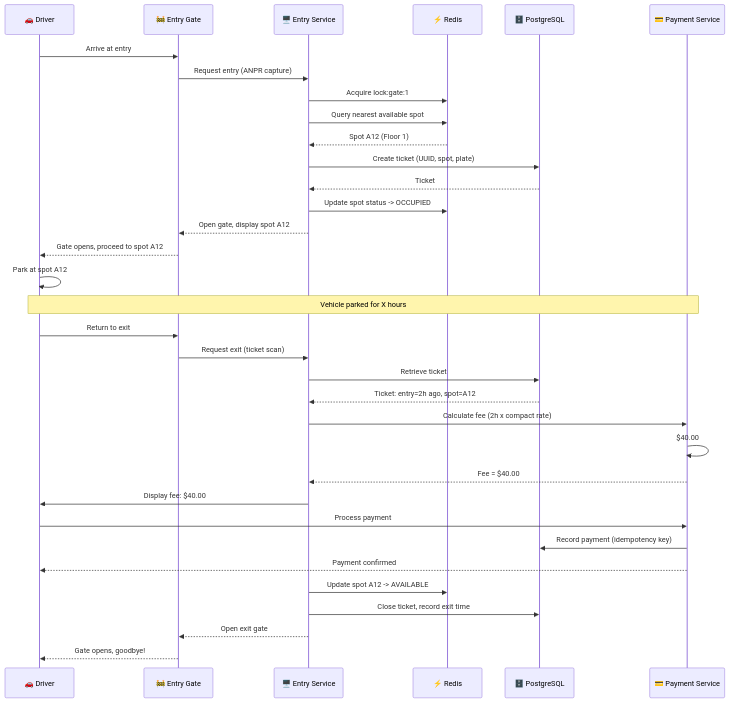
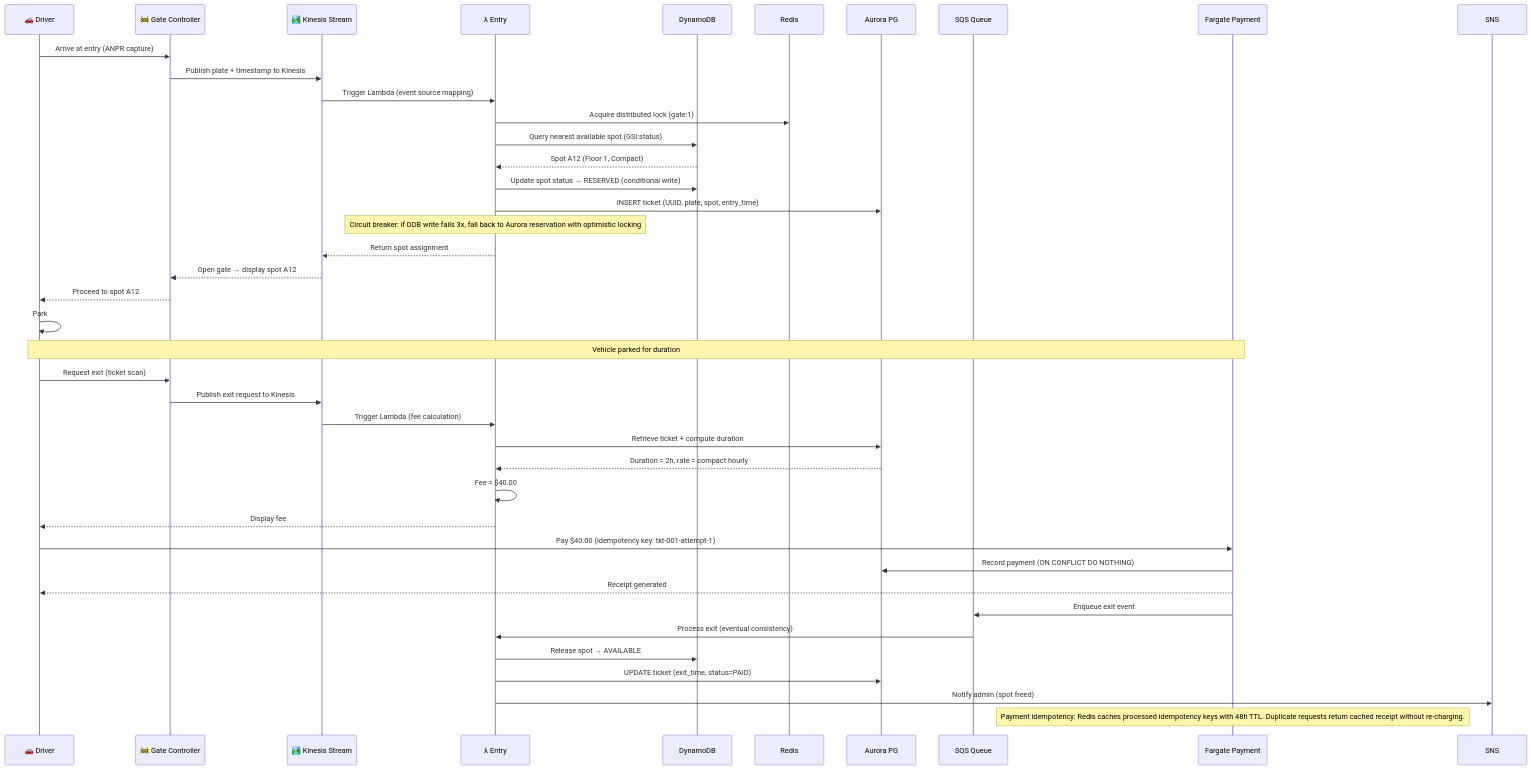
Before and after one commit to CpBruceMeena/interview-prep: the second of 2 diagrams in low-level-design/parking-lot/HIGH_LEVEL_DESIGN.md, drawn with Mermaid. The commit also changed other lines of this file and 2 other files, not shown here.

Commit message:
Redesign Parking Lot HLD with production-grade AWS architecture, MCP interface, and draw.io diagram

````diff
--- a/low-level-design/parking-lot/HIGH_LEVEL_DESIGN.md
+++ b/low-level-design/parking-lot/HIGH_LEVEL_DESIGN.md
@@ -124,39 +285,51 @@
 ```mermaid
 sequenceDiagram
     participant Driver as 🚗 Driver
-    participant Gate as 🚧 Entry Gate
-    participant EntrySvc as 🖥️ Entry Service
-    participant Redis as ⚡ Redis
-    participant DB as 🗄️ PostgreSQL
-    participant PaySvc as 💳 Payment Service
+    participant Gate as 🚧 Gate Controller
+    participant KDS as 🏞️ Kinesis Stream
+    participant L1 as λ Entry
+    participant DDB as DynamoDB
+    participant ECR as Redis
+    participant AUR as Aurora PG
+    participant SQS as SQS Queue
+    participant F2 as Fargate Payment
+    participant SNS as SNS
 
-    Driver->>Gate: Arrive at entry
-    Gate->>EntrySvc: Request entry (ANPR capture)
-    EntrySvc->>Redis: Acquire lock:gate:1
-    EntrySvc->>Redis: Query nearest available spot
-    Redis-->>EntrySvc: Spot A12 (Floor 1)
-    EntrySvc->>DB: Create ticket (UUID, spot, plate)
-    DB-->>EntrySvc: Ticket #TICK-000001
-    EntrySvc->>Redis: Update spot status -> OCCUPIED
-    EntrySvc-->>Gate: Open gate, display spot A12
-    Gate-->>Driver: Gate opens, proceed to spot A12
-    Driver->>Driver: Park at spot A12
+    Driver->>Gate: Arrive at entry (ANPR capture)
+    Gate->>KDS: Publish plate + timestamp to Kinesis
 
-    Note over Driver,PaySvc: Vehicle parked for X hours
+    KDS->>L1: Trigger Lambda (event source mapping)
+    L1->>ECR: Acquire distributed lock (gate:1)
+    L1->>DDB: Query nearest available spot (GSI:status)
+    DDB-->>L1: Spot A12 (Floor 1, Compact)
+    L1->>DDB: Update spot status → RESERVED (conditional write)
+    L1->>AUR: INSERT ticket (UUID, plate, spot, entry_time)
 
-    Driver->>Gate: Return to exit
-    Gate->>EntrySvc: Request exit (ticket scan)
-    EntrySvc->>DB: Retrieve ticket #TICK-000001
-    DB-->>EntrySvc: Ticket: entry=2h ago, spot=A12
-    EntrySvc->>PaySvc: Calculate fee (2h x compact rate)
-    PaySvc->>PaySvc: $40.00
-    PaySvc-->>EntrySvc: Fee = $40.00
-    EntrySvc->>Driver: Display fee: $40.00
-    Driver->>PaySvc: Process payment
-    PaySvc->>DB: Record payment (idempotency key)
-    PaySvc-->>Driver: Payment confirmed
-    EntrySvc->>Redis: Update spot A12 -> AVAILABLE
-    EntrySvc->>DB: Close ticket, record exit time
-    EntrySvc-->>Gate: Open exit gate
-    Gate-->>Driver: Gate opens, goodbye!
+    Note over L1: Circuit breaker: if DDB write fails 3x, fall back to Aurora reservation with optimistic locking
+
+    L1-->>KDS: Return spot assignment
+    KDS-->>Gate: Open gate → display spot A12
+    Gate-->>Driver: Proceed to spot A12
+    Driver->>Driver: Park
+
+    Note over Driver,F2: Vehicle parked for duration
+
+    Driver->>Gate: Request exit (ticket scan)
+    Gate->>KDS: Publish exit request to Kinesis
+    KDS->>L1: Trigger Lambda (fee calculation)
+    L1->>AUR: Retrieve ticket + compute duration
+    AUR-->>L1: Duration = 2h, rate = compact hourly
+    L1->>L1: Fee = $40.00
+    L1-->>Driver: Display fee
+
+    Driver->>F2: Pay $40.00 (idempotency key: tkt-001-attempt-1)
+    F2->>AUR: Record payment (ON CONFLICT DO NOTHING)
+    F2-->>Driver: Receipt generated
+    F2->>SQS: Enqueue exit event
+    SQS->>L1: Process exit (eventual consistency)
+    L1->>DDB: Release spot → AVAILABLE
+    L1->>AUR: UPDATE ticket (exit_time, status=PAID)
+    L1->>SNS: Notify admin (spot freed)
+
+    Note over F2: Payment idempotency: Redis caches processed idempotency keys with 48h TTL. Duplicate requests return cached receipt without re-charging.
 ```
````
